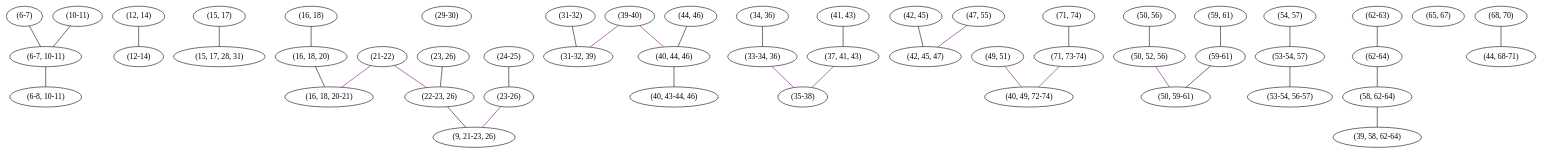
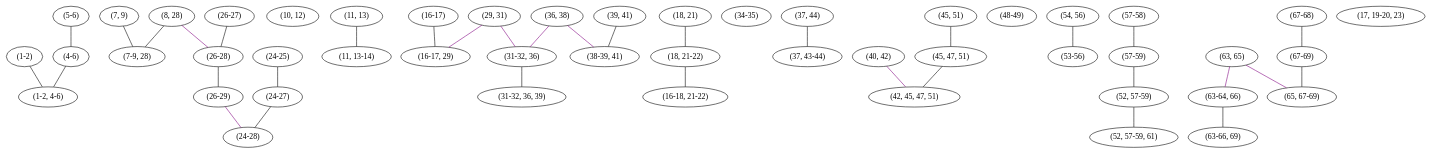
One commit to mandosoft/kmodes changed the diagram in src/test.dot. Above: the diagram before and after it, drawn with Graphviz. The commit also changed 16 other files, not shown here.

```diff
--- a/src/test.dot
+++ b/src/test.dot
@@ -1,141 +1,132 @@
 strict graph "" {
-	"(6-7)"	 [parent=True,
+	"(1-2)"	 [parent=True,
 		split=False];
-	"(6-7, 10-11)"	 [parent=True,
+	"(1-2, 4-6)"	 [parent=False,
 		split=False];
-	"(6-7)" -- "(6-7, 10-11)"	 [color=r];
-	"(10-11)"	 [parent=True,
+	"(1-2)" -- "(1-2, 4-6)"	 [color=r];
+	"(5-6)"	 [parent=True,
 		split=False];
-	"(10-11)" -- "(6-7, 10-11)"	 [color=r];
-	"(12, 14)"	 [parent=True,
+	"(4-6)"	 [parent=True,
 		split=False];
-	"(12-14)"	 [parent=False,
+	"(5-6)" -- "(4-6)"	 [color=r];
+	"(7, 9)"	 [parent=True,
 		split=False];
-	"(12, 14)" -- "(12-14)"	 [color=r];
-	"(15, 17)"	 [parent=True,
+	"(7-9, 28)"	 [parent=False,
 		split=False];
-	"(15, 17, 28, 31)"	 [parent=False,
+	"(7, 9)" -- "(7-9, 28)"	 [color=r];
+	"(8, 28)"	 [parent=True,
+		split=True];
+	"(26-28)"	 [parent=True,
 		split=False];
-	"(15, 17)" -- "(15, 17, 28, 31)"	 [color=r];
-	"(16, 18)"	 [parent=True,
+	"(8, 28)" -- "(26-28)"	 [color=purple];
+	"(8, 28)" -- "(7-9, 28)"	 [color=r];
+	"(10, 12)"	 [parent=False,
 		split=False];
-	"(16, 18, 20)"	 [parent=True,
+	"(11, 13)"	 [parent=True,
 		split=False];
-	"(16, 18)" -- "(16, 18, 20)"	 [color=r];
-	"(21-22)"	 [parent=True,
-		split=True];
-	"(22-23, 26)"	 [parent=True,
+	"(11, 13-14)"	 [parent=False,
 		split=False];
-	"(21-22)" -- "(22-23, 26)"	 [color=purple];
-	"(16, 18, 20-21)"	 [parent=False,
+	"(11, 13)" -- "(11, 13-14)"	 [color=r];
+	"(16-17)"	 [parent=True,
 		split=False];
-	"(21-22)" -- "(16, 18, 20-21)"	 [color=purple];
-	"(23, 26)"	 [parent=True,
+	"(16-17, 29)"	 [parent=False,
 		split=False];
-	"(23, 26)" -- "(22-23, 26)"	 [color=r];
+	"(16-17)" -- "(16-17, 29)"	 [color=r];
+	"(18, 21)"	 [parent=True,
+		split=False];
+	"(18, 21-22)"	 [parent=True,
+		split=False];
+	"(18, 21)" -- "(18, 21-22)"	 [color=r];
 	"(24-25)"	 [parent=True,
 		split=False];
-	"(23-26)"	 [parent=True,
+	"(24-27)"	 [parent=True,
+		split=False];
+	"(24-25)" -- "(24-27)"	 [color=r];
+	"(26-27)"	 [parent=True,
+		split=False];
+	"(26-27)" -- "(26-28)"	 [color=r];
+	"(29, 31)"	 [parent=True,
 		split=True];
-	"(24-25)" -- "(23-26)"	 [color=r];
-	"(29-30)"	 [parent=False,
+	"(29, 31)" -- "(16-17, 29)"	 [color=purple];
+	"(31-32, 36)"	 [parent=True,
 		split=False];
-	"(31-32)"	 [parent=True,
+	"(29, 31)" -- "(31-32, 36)"	 [color=purple];
+	"(34-35)"	 [parent=False,
 		split=False];
-	"(31-32, 39)"	 [parent=False,
+	"(36, 38)"	 [parent=True,
+		split=True];
+	"(36, 38)" -- "(31-32, 36)"	 [color=purple];
+	"(38-39, 41)"	 [parent=False,
 		split=False];
-	"(31-32)" -- "(31-32, 39)"	 [color=r];
-	"(34, 36)"	 [parent=True,
+	"(36, 38)" -- "(38-39, 41)"	 [color=purple];
+	"(37, 44)"	 [parent=True,
 		split=False];
-	"(33-34, 36)"	 [parent=True,
+	"(37, 43-44)"	 [parent=False,
+		split=False];
+	"(37, 44)" -- "(37, 43-44)"	 [color=r];
+	"(39, 41)"	 [parent=True,
+		split=False];
+	"(39, 41)" -- "(38-39, 41)"	 [color=r];
+	"(40, 42)"	 [parent=False,
 		split=True];
-	"(34, 36)" -- "(33-34, 36)"	 [color=r];
-	"(39-40)"	 [parent=True,
+	"(42, 45, 47, 51)"	 [parent=False,
+		split=False];
+	"(40, 42)" -- "(42, 45, 47, 51)"	 [color=purple];
+	"(45, 51)"	 [parent=True,
+		split=False];
+	"(45, 47, 51)"	 [parent=True,
+		split=False];
+	"(45, 51)" -- "(45, 47, 51)"	 [color=r];
+	"(48-49)"	 [parent=False,
+		split=False];
+	"(54, 56)"	 [parent=True,
+		split=False];
+	"(53-56)"	 [parent=False,
+		split=False];
+	"(54, 56)" -- "(53-56)"	 [color=r];
+	"(57-58)"	 [parent=True,
+		split=False];
+	"(57-59)"	 [parent=True,
+		split=False];
+	"(57-58)" -- "(57-59)"	 [color=r];
+	"(63, 65)"	 [parent=True,
 		split=True];
-	"(39-40)" -- "(31-32, 39)"	 [color=purple];
-	"(40, 44, 46)"	 [parent=True,
+	"(63-64, 66)"	 [parent=True,
 		split=False];
-	"(39-40)" -- "(40, 44, 46)"	 [color=purple];
-	"(41, 43)"	 [parent=True,
+	"(63, 65)" -- "(63-64, 66)"	 [color=purple];
+	"(65, 67-69)"	 [parent=False,
 		split=False];
-	"(37, 41, 43)"	 [parent=True,
+	"(63, 65)" -- "(65, 67-69)"	 [color=purple];
+	"(67-68)"	 [parent=True,
+		split=False];
+	"(67-69)"	 [parent=True,
+		split=False];
+	"(67-68)" -- "(67-69)"	 [color=r];
+	"(4-6)" -- "(1-2, 4-6)"	 [color=r];
+	"(16-18, 21-22)"	 [parent=False,
+		split=False];
+	"(18, 21-22)" -- "(16-18, 21-22)"	 [color=r];
+	"(26-29)"	 [parent=True,
 		split=True];
-	"(41, 43)" -- "(37, 41, 43)"	 [color=r];
-	"(42, 45)"	 [parent=True,
+	"(26-28)" -- "(26-29)"	 [color=r];
+	"(31-32, 36, 39)"	 [parent=False,
 		split=False];
-	"(42, 45, 47)"	 [parent=False,
+	"(31-32, 36)" -- "(31-32, 36, 39)"	 [color=r];
+	"(45, 47, 51)" -- "(42, 45, 47, 51)"	 [color=r];
+	"(52, 57-59)"	 [parent=True,
 		split=False];
-	"(42, 45)" -- "(42, 45, 47)"	 [color=r];
-	"(44, 46)"	 [parent=True,
+	"(57-59)" -- "(52, 57-59)"	 [color=r];
+	"(63-66, 69)"	 [parent=False,
 		split=False];
-	"(44, 46)" -- "(40, 44, 46)"	 [color=r];
-	"(47, 55)"	 [parent=False,
-		split=True];
-	"(47, 55)" -- "(42, 45, 47)"	 [color=purple];
-	"(49, 51)"	 [parent=False,
-		split=True];
-	"(40, 49, 72-74)"	 [parent=False,
+	"(63-64, 66)" -- "(63-66, 69)"	 [color=r];
+	"(67-69)" -- "(65, 67-69)"	 [color=r];
+	"(17, 19-20, 23)"	 [parent=False,
 		split=False];
-	"(49, 51)" -- "(40, 49, 72-74)"	 [color=purple];
-	"(50, 56)"	 [parent=True,
+	"(24-28)"	 [parent=False,
 		split=False];
-	"(50, 52, 56)"	 [parent=True,
-		split=True];
-	"(50, 56)" -- "(50, 52, 56)"	 [color=r];
-	"(54, 57)"	 [parent=True,
+	"(24-27)" -- "(24-28)"	 [color=r];
+	"(26-29)" -- "(24-28)"	 [color=purple];
+	"(52, 57-59, 61)"	 [parent=False,
 		split=False];
-	"(53-54, 57)"	 [parent=True,
-		split=False];
-	"(54, 57)" -- "(53-54, 57)"	 [color=r];
-	"(59, 61)"	 [parent=True,
-		split=False];
-	"(59-61)"	 [parent=True,
-		split=False];
-	"(59, 61)" -- "(59-61)"	 [color=r];
-	"(62-63)"	 [parent=True,
-		split=False];
-	"(62-64)"	 [parent=True,
-		split=False];
-	"(62-63)" -- "(62-64)"	 [color=r];
-	"(65, 67)"	 [parent=False,
-		split=False];
-	"(68, 70)"	 [parent=True,
-		split=False];
-	"(44, 68-71)"	 [parent=False,
-		split=False];
-	"(68, 70)" -- "(44, 68-71)"	 [color=r];
-	"(71, 74)"	 [parent=True,
-		split=False];
-	"(71, 73-74)"	 [parent=True,
-		split=True];
-	"(71, 74)" -- "(71, 73-74)"	 [color=r];
-	"(16, 18, 20)" -- "(16, 18, 20-21)"	 [color=r];
-	"(9, 21-23, 26)"	 [parent=False,
-		split=False];
-	"(22-23, 26)" -- "(9, 21-23, 26)"	 [color=r];
-	"(35-38)"	 [parent=False,
-		split=False];
-	"(33-34, 36)" -- "(35-38)"	 [color=purple];
-	"(37, 41, 43)" -- "(35-38)"	 [color=purple];
-	"(40, 43-44, 46)"	 [parent=False,
-		split=False];
-	"(40, 44, 46)" -- "(40, 43-44, 46)"	 [color=r];
-	"(50, 59-61)"	 [parent=False,
-		split=False];
-	"(50, 52, 56)" -- "(50, 59-61)"	 [color=purple];
-	"(53-54, 56-57)"	 [parent=False,
-		split=False];
-	"(53-54, 57)" -- "(53-54, 56-57)"	 [color=r];
-	"(59-61)" -- "(50, 59-61)"	 [color=r];
-	"(58, 62-64)"	 [parent=True,
-		split=False];
-	"(62-64)" -- "(58, 62-64)"	 [color=r];
-	"(71, 73-74)" -- "(40, 49, 72-74)"	 [color=purple];
-	"(6-8, 10-11)"	 [parent=False,
-		split=False];
-	"(6-7, 10-11)" -- "(6-8, 10-11)"	 [color=r];
-	"(23-26)" -- "(9, 21-23, 26)"	 [color=purple];
-	"(39, 58, 62-64)"	 [parent=False,
-		split=False];
-	"(58, 62-64)" -- "(39, 58, 62-64)"	 [color=r];
+	"(52, 57-59)" -- "(52, 57-59, 61)"	 [color=r];
 }
```
